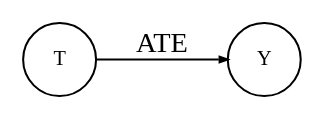
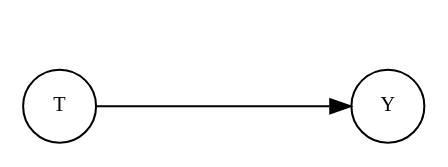
The first of 7 diagrams in index.qmd (LSYS/cma), drawn with Graphviz before and after one commit. The commit also changed other lines of this file, not shown here.

````diff
--- a/index.qmd
+++ b/index.qmd
@@ -38,13 +75,17 @@
 ```{dot}
-//| fig-cap: "Estimating the effect of treatment ($T$) on some outcome of interest ($Y$)."
+//| fig-cap: "Graph for the typical estimand of interest for $T$ and $Y$---the average treatment effect (`ATE`, @eq-ate)."
 //| label: fig-ate-dag
-//| fig-width: 300px
-//| fig-height: 60px
+//| fig-width: 280px
+//| fig-height: 100px
 //| column: margin
 
 digraph ATE {
   rankdir=LR 
-  node [shape=circle,fontsize="10"] 
-  T -> Y [arrowsize=0.4] [label=ATE]
+  splines=false;
+  node [shape=circle,fontsize="10"]
+  d [ shape=plaintext, label=""]
+  T -> d [style=invis]
+  d -> Y [style=invis]
+  T -> Y
 }
 ```
````
